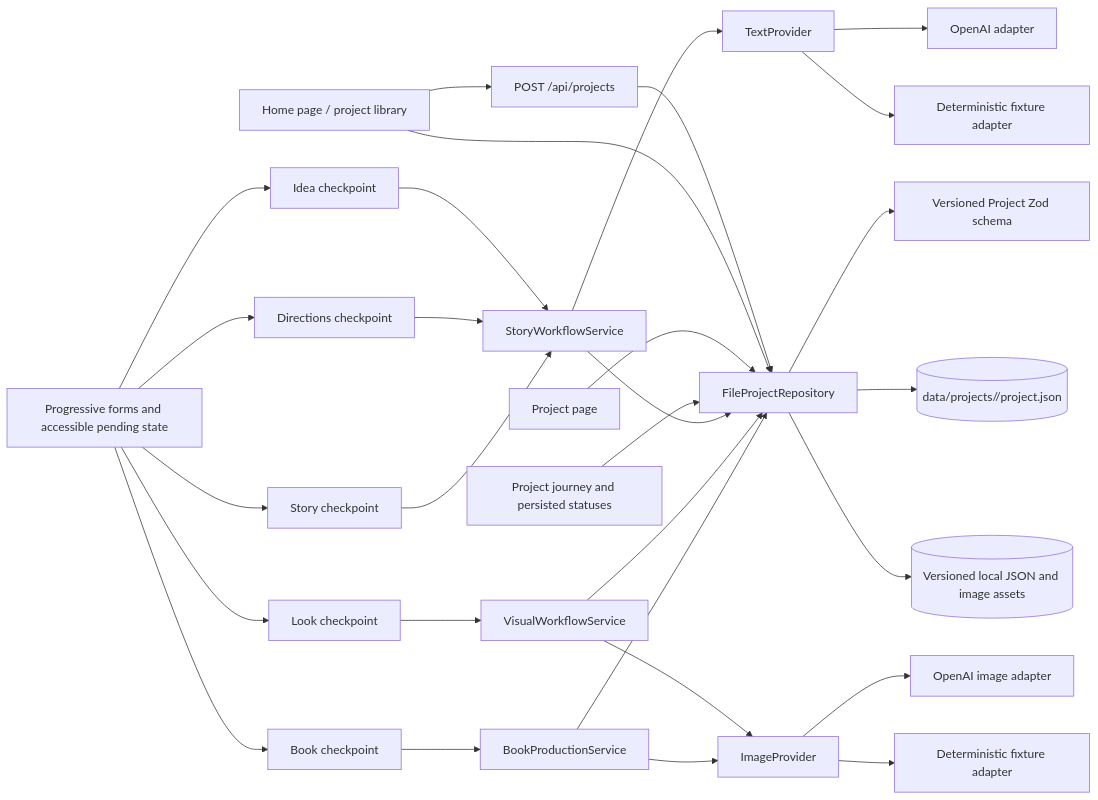
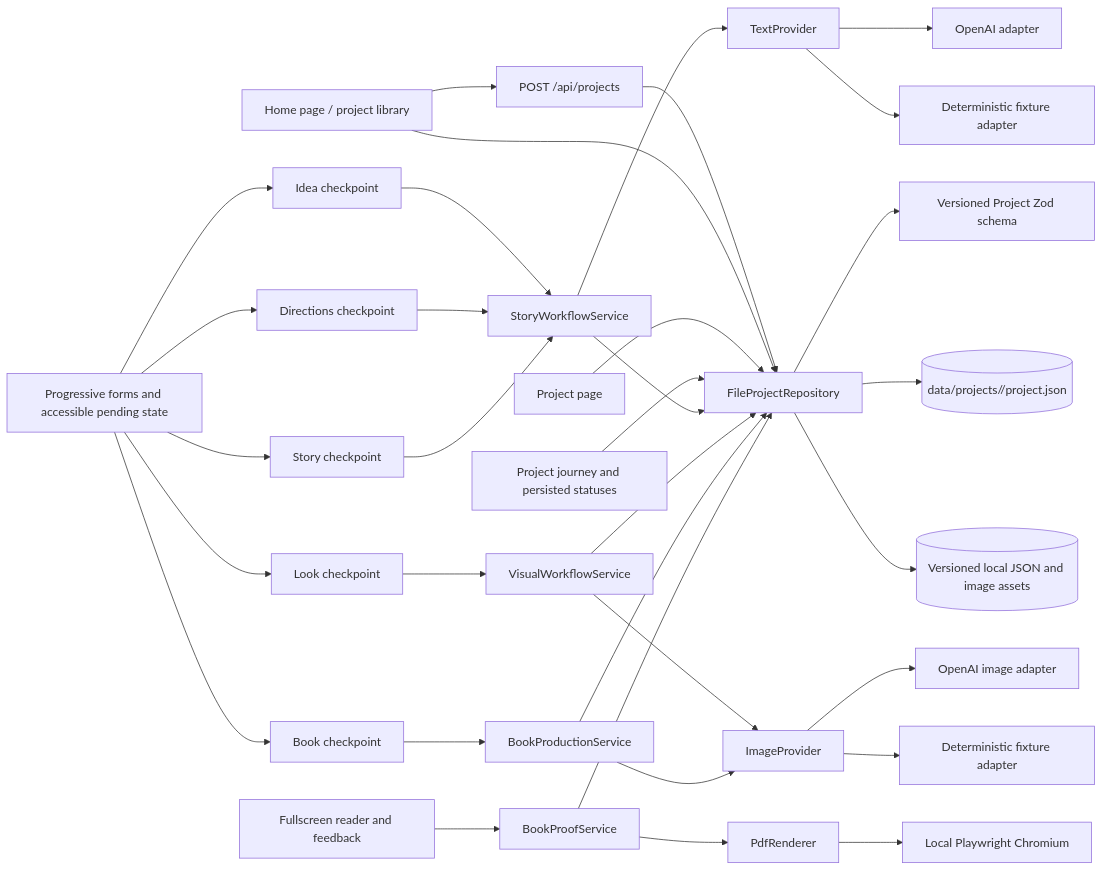
The fourth of 4 diagrams in ARCHITECTURE.md (bhadrip/kids-book-gen), drawn with Mermaid before and after one commit. The commit also changed other lines of this file and 20 other files, not shown here.

Commit message:
feat: complete phase 6 reader and proof flow

````diff
--- a/ARCHITECTURE.md
+++ b/ARCHITECTURE.md
@@ -90,31 +93,35 @@
 ```mermaid
 flowchart LR
   Home[Home page / project library] --> Create[POST /api/projects]
   Create --> Repo[FileProjectRepository]
   Home --> Repo
   Project[Project page] --> Repo
   Idea[Idea checkpoint] --> Workflow[StoryWorkflowService]
   Directions[Directions checkpoint] --> Workflow
   Story[Story checkpoint] --> Workflow
   Look[Look checkpoint] --> VisualWorkflow[VisualWorkflowService]
   Book[Book checkpoint] --> ProductionWorkflow[BookProductionService]
+  Reader[Fullscreen reader and feedback] --> ProofWorkflow[BookProofService]
   Shell[Project journey and persisted statuses] --> Repo
   Forms[Progressive forms and accessible pending state] --> Idea
   Forms --> Directions
   Forms --> Story
   Forms --> Look
   Forms --> Book
   Workflow --> Provider[TextProvider]
   Provider --> OpenAI[OpenAI adapter]
   Provider --> Fixture[Deterministic fixture adapter]
   Workflow --> Repo
   VisualWorkflow --> ImageProvider[ImageProvider]
   ImageProvider --> OpenAIImages[OpenAI image adapter]
   ImageProvider --> ImageFixture[Deterministic fixture adapter]
   VisualWorkflow --> Repo
   ProductionWorkflow --> ImageProvider
   ProductionWorkflow --> Repo
+  ProofWorkflow --> PdfRenderer[PdfRenderer]
+  PdfRenderer --> LocalChromium[Local Playwright Chromium]
+  ProofWorkflow --> Repo
   Repo --> Schema[Versioned Project Zod schema]
   Repo --> File[(data/projects/<project-id>/project.json)]
   Repo --> Assets[(Versioned local JSON and image assets)]
 ```
````
